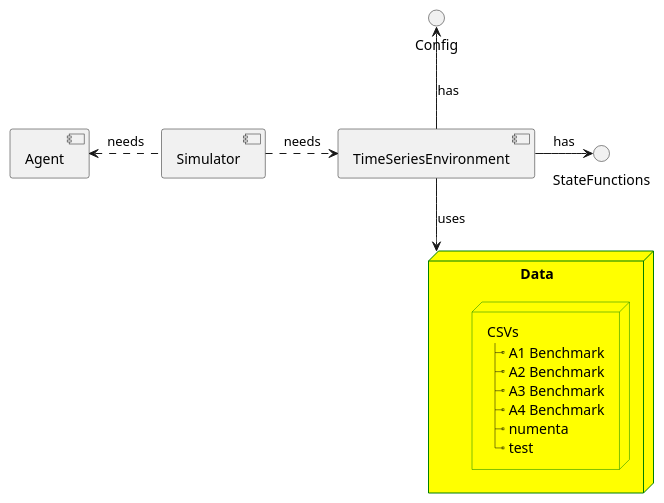
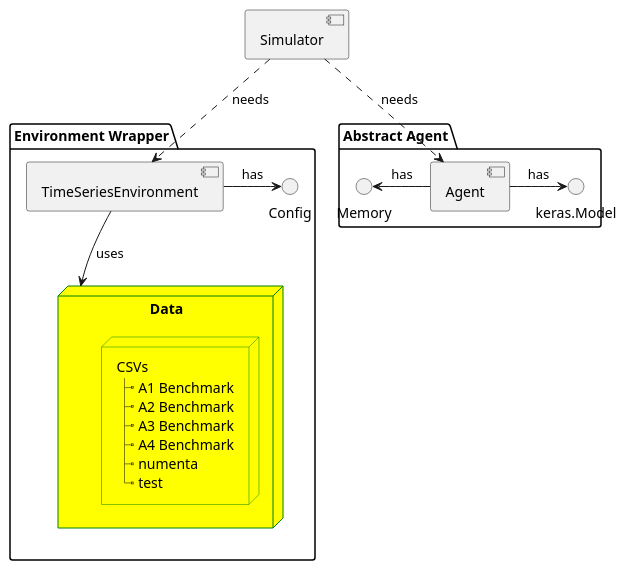
Before and after one commit to jorekai/DQN-Timeseries-Anomaly-Detection: the diagram in uml/overview.puml, drawn with PlantUML. The commit also changed 5 other files, not shown here.

Commit message:
updated uml

```diff
--- a/uml/overview.puml
+++ b/uml/overview.puml
@@ -1,29 +1,39 @@
 @startuml
 
-[Simulator]
-[Simulator] .left.> [Agent] : needs
-[Simulator] .right.> [TimeSeriesEnvironment] : needs
+package "Environment Wrapper" {
+[TimeSeriesEnvironment]
+[TimeSeriesEnvironment] -right-> Config : has
 [TimeSeriesEnvironment] -down-> Data: uses
-[TimeSeriesEnvironment] -right-> StateFunctions : has
-[TimeSeriesEnvironment] -up-> Config : has
+}
 
+package "Abstract Agent" {
+[Agent]
+[Agent] -left-> Memory: has
+[Agent] -right-> keras.Model: has
+}
+
+
+
+
+skinparam node {
+borderColor Green
+backgroundColor Yellow
+backgroundColor<<shared node>> Magenta
+}
 node "Data" {
 node Files[
     CSVs
     |_ A1 Benchmark
     |_ A2 Benchmark
     |_ A3 Benchmark
     |_ A4 Benchmark
     |_ numenta
     |_ test
 ]
 }
 
-skinparam node {
-borderColor Green
-backgroundColor Yellow
-backgroundColor<<shared node>> Magenta
-}
+[Simulator] ..> [Agent] : needs
+[Simulator] ..> [TimeSeriesEnvironment] : needs
 
 
 @enduml
```
